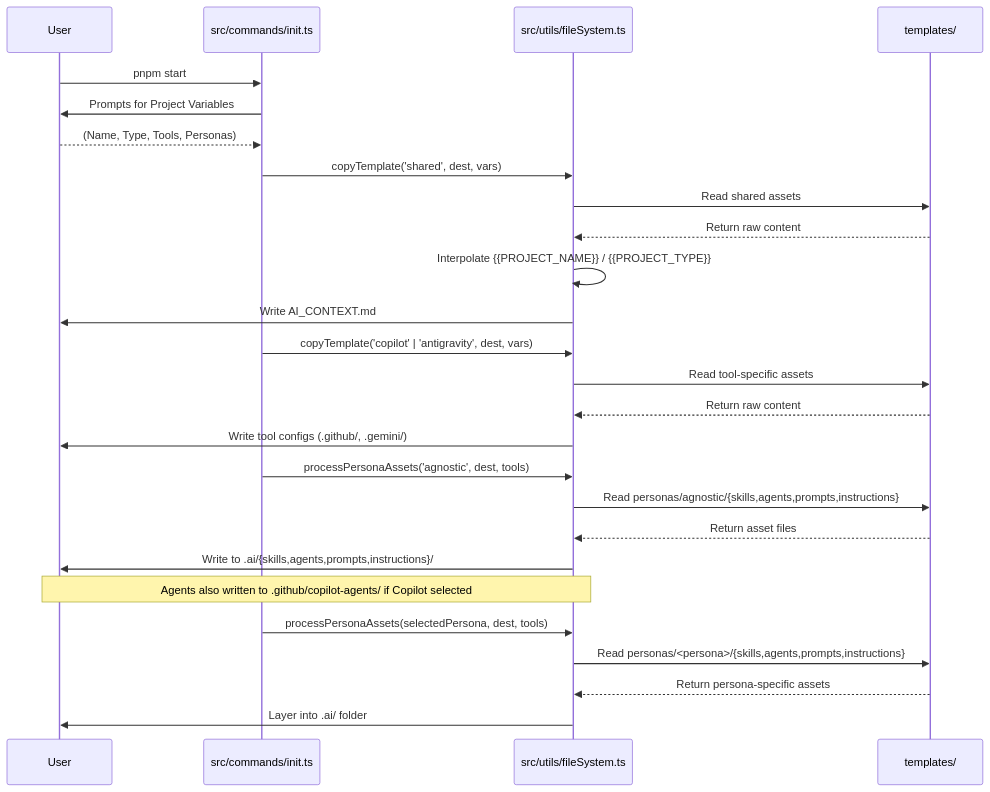
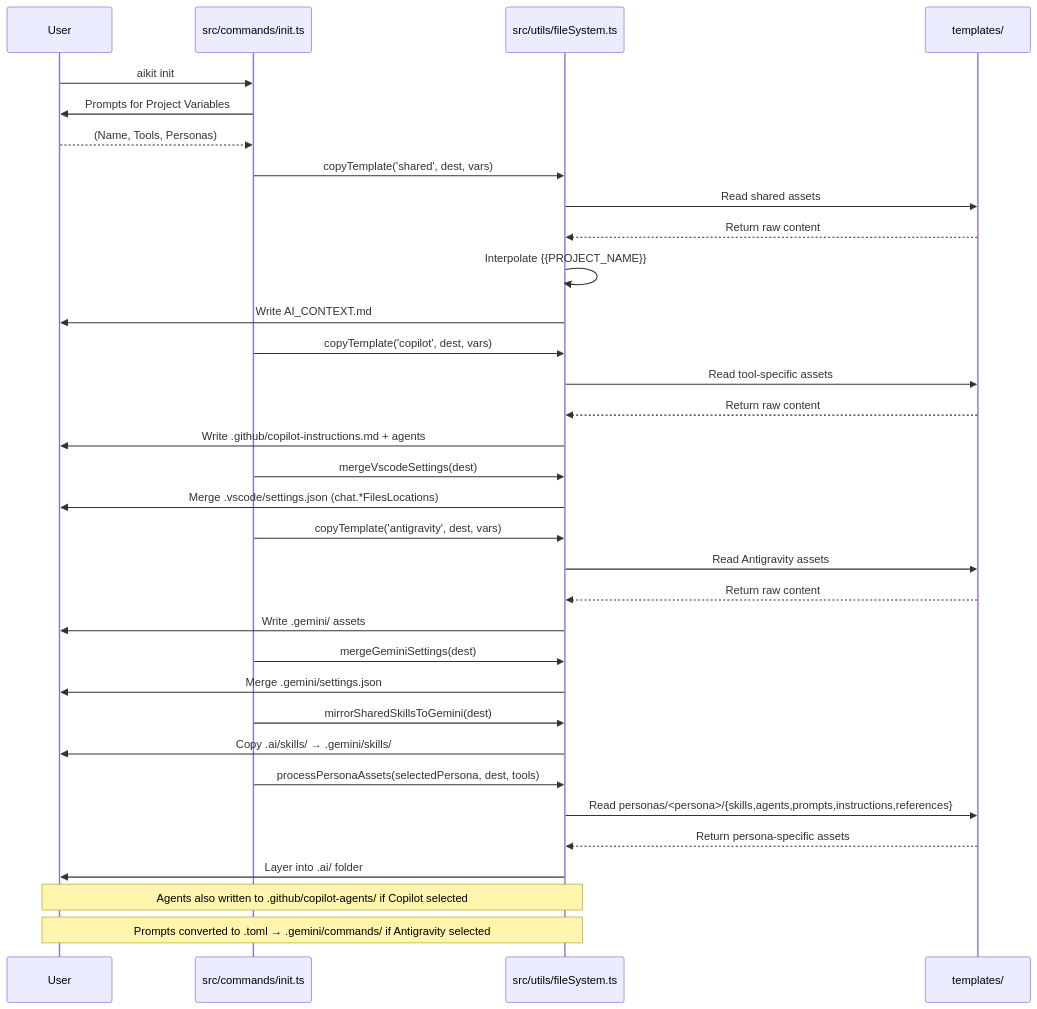
Before and after one commit to mehdibadjian/aikit: the diagram in docs/onboarding/principal_guide.md, drawn with Mermaid. The commit also changed 6 other files, not shown here.

Commit message:
feat: enhance documentation to reflect new features and improvements, including dynamic persona discovery, updated asset structures, and tool-specific settings merging

````diff
--- a/docs/onboarding/principal_guide.md
+++ b/docs/onboarding/principal_guide.md
@@ -25,32 +25,39 @@
 ```mermaid
 sequenceDiagram
     participant User
     participant CLI as src/commands/init.ts
     participant FS as src/utils/fileSystem.ts
     participant Templates as templates/
 
-    User->>CLI: pnpm start
+    User->>CLI: aikit init
     CLI->>User: Prompts for Project Variables
-    User-->>CLI: (Name, Type, Tools, Personas)
+    User-->>CLI: (Name, Tools, Personas)
     CLI->>FS: copyTemplate('shared', dest, vars)
     FS->>Templates: Read shared assets
     Templates-->>FS: Return raw content
-    FS->>FS: Interpolate {{PROJECT_NAME}} / {{PROJECT_TYPE}}
+    FS->>FS: Interpolate {{PROJECT_NAME}}
     FS->>User: Write AI_CONTEXT.md
 
-    CLI->>FS: copyTemplate('copilot' | 'antigravity', dest, vars)
+    CLI->>FS: copyTemplate('copilot', dest, vars)
     FS->>Templates: Read tool-specific assets
     Templates-->>FS: Return raw content
-    FS->>User: Write tool configs (.github/, .gemini/)
+    FS->>User: Write .github/copilot-instructions.md + agents
+    CLI->>FS: mergeVscodeSettings(dest)
+    FS->>User: Merge .vscode/settings.json (chat.*FilesLocations)
 
-    CLI->>FS: processPersonaAssets('agnostic', dest, tools)
-    FS->>Templates: Read personas/agnostic/{skills,agents,prompts,instructions}
-    Templates-->>FS: Return asset files
-    FS->>User: Write to .ai/{skills,agents,prompts,instructions}/
-    Note over FS,User: Agents also written to .github/copilot-agents/ if Copilot selected
+    CLI->>FS: copyTemplate('antigravity', dest, vars)
+    FS->>Templates: Read Antigravity assets
+    Templates-->>FS: Return raw content
+    FS->>User: Write .gemini/ assets
+    CLI->>FS: mergeGeminiSettings(dest)
+    FS->>User: Merge .gemini/settings.json
+    CLI->>FS: mirrorSharedSkillsToGemini(dest)
+    FS->>User: Copy .ai/skills/ → .gemini/skills/
 
     CLI->>FS: processPersonaAssets(selectedPersona, dest, tools)
-    FS->>Templates: Read personas/<persona>/{skills,agents,prompts,instructions}
+    FS->>Templates: Read personas/<persona>/{skills,agents,prompts,instructions,references}
     Templates-->>FS: Return persona-specific assets
     FS->>User: Layer into .ai/ folder
+    Note over FS,User: Agents also written to .github/copilot-agents/ if Copilot selected
+    Note over FS,User: Prompts converted to .toml → .gemini/commands/ if Antigravity selected
 ```
````
